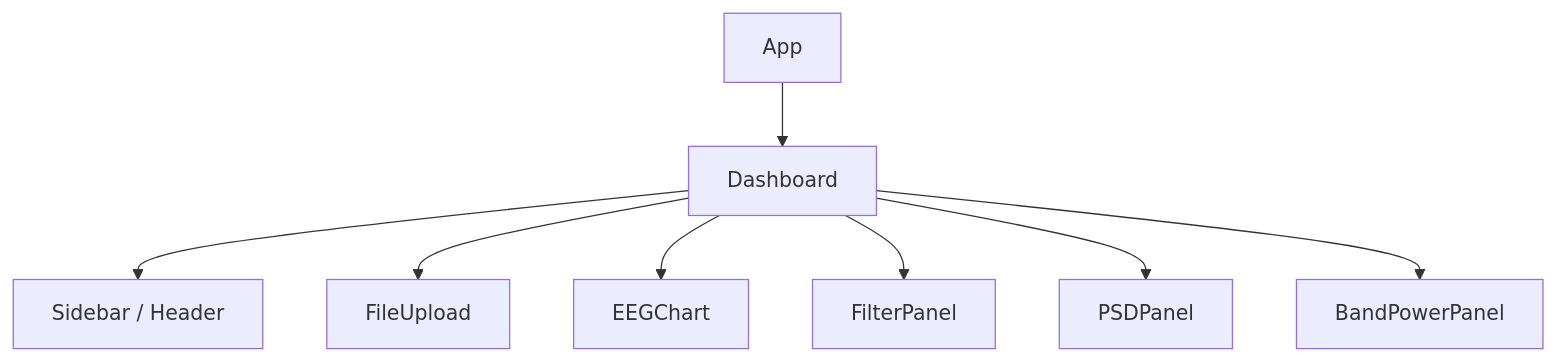
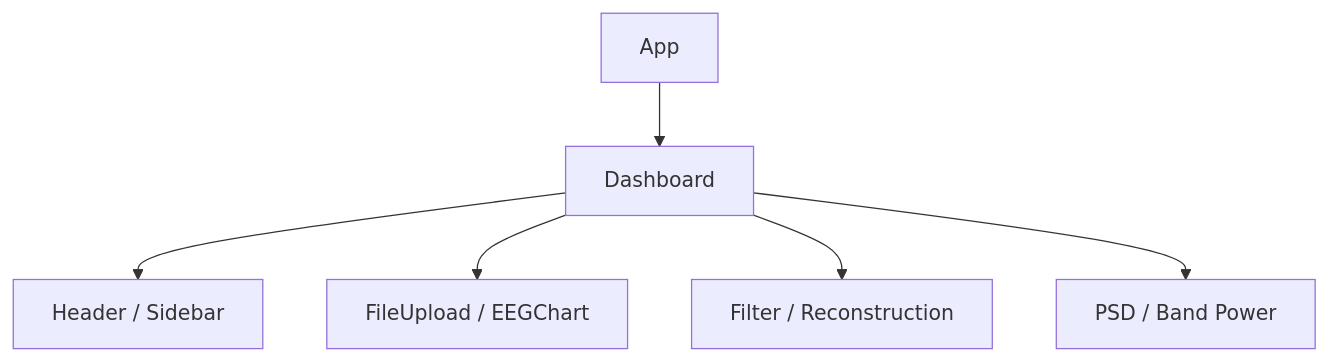
One commit to ryoma-1999/eeg-analysis-platform changed the diagram in doc/06_フロントエンド設計.md. Above: the diagram before and after it, drawn with Mermaid. The commit also changed other lines of this file, not shown here.

````diff
--- a/doc/06_フロントエンド設計.md
+++ b/doc/06_フロントエンド設計.md
@@ -81,19 +9,8 @@
 ```mermaid
 flowchart TB
-    A["App"]
-    D["Dashboard"]
-    L["Sidebar / Header"]
-    U["FileUpload"]
-    E["EEGChart"]
-    F["FilterPanel"]
-    P["PSDPanel"]
-    B["BandPowerPanel"]
-
-    A --> D
-    D --> L
-    D --> U
-    D --> E
-    D --> F
-    D --> P
-    D --> B
+    A["App"] --> D["Dashboard"]
+    D --> L["Header / Sidebar"]
+    D --> V["FileUpload / EEGChart"]
+    D --> P["Filter / Reconstruction"]
+    D --> N["PSD / Band Power"]
 ```
````
